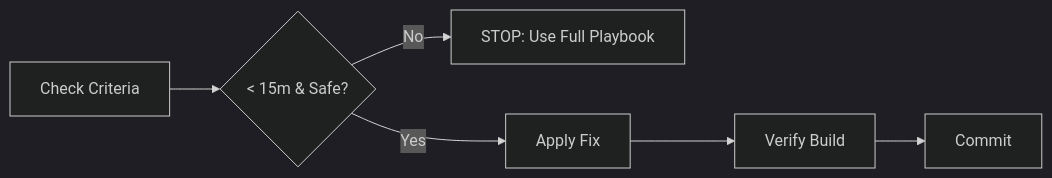
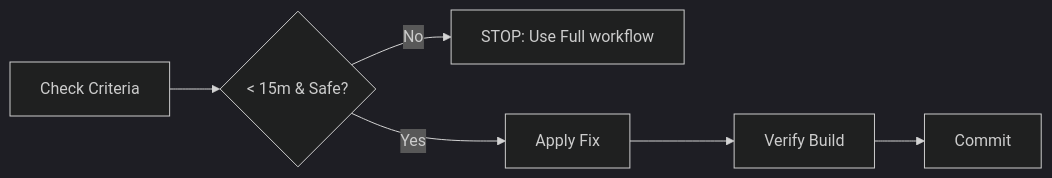
Before and after one commit to gbm-labs/ai-contextflow-docs: the diagram in docs/05-workflows/quick-fix.md, drawn with Mermaid (dark theme). The commit also changed 12 other files, not shown here.

Commit message:
Refactor: Rename Playbook to Workflow across documentation

````diff
--- a/docs/05-workflows/quick-fix.md
+++ b/docs/05-workflows/quick-fix.md
@@ -12,8 +12,8 @@
 ```mermaid
 graph LR
     A[Check Criteria] --> B{< 15m & Safe?}
-    B -->|No| C[STOP: Use Full Playbook]
+    B -->|No| C[STOP: Use Full workflow]
     B -->|Yes| D[Apply Fix]
     D --> E[Verify Build]
     E --> F[Commit]
 ```
````
